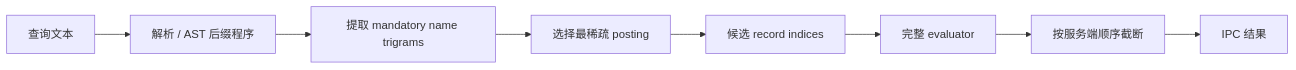
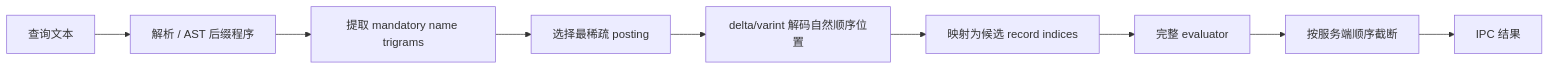
One commit to sunfengsheng/esm changed the second of 3 diagrams in docs/ARCHITECTURE.md. Above: the diagram before and after it, drawn with Mermaid. The commit also changed other lines of this file and 9 other files, not shown here.

````diff
--- a/docs/ARCHITECTURE.md
+++ b/docs/ARCHITECTURE.md
@@ -125,10 +134,11 @@
 ```mermaid
 flowchart LR
     Query["查询文本"] --> Parse["解析 / AST 后缀程序"]
     Parse --> Grams["提取 mandatory name trigrams"]
     Grams --> Select["选择最稀疏 posting"]
-    Select --> Candidates["候选 record indices"]
+    Select --> Decode["delta/varint 解码自然顺序位置"]
+    Decode --> Candidates["映射为候选 record indices"]
     Candidates --> Eval["完整 evaluator"]
     Eval --> Limit["按服务端顺序截断"]
     Limit --> Result["IPC 结果"]
 ```
````
